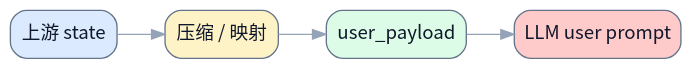
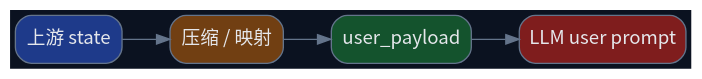
The third of 3 diagrams in skills/write-doc/tests/assets/reference-llm-spec.md (terencefan/inority-workspace), drawn with Graphviz before and after one commit. The commit also changed other lines of this file and 45 other files, not shown here.

````diff
--- a/skills/write-doc/tests/assets/reference-llm-spec.md
+++ b/skills/write-doc/tests/assets/reference-llm-spec.md
@@ -75,13 +75,13 @@
 ```dot
 digraph UserPromptProduction {
   rankdir=LR;
-  graph [bgcolor="transparent", fontname="Noto Sans CJK SC"];
-  node [fontname="Noto Sans CJK SC", shape=box, style="rounded,filled", color="#64748b", fontcolor="#0f172a", fillcolor="#f8fafc"];
-  edge [fontname="Noto Sans CJK SC", color="#94a3b8", fontcolor="#94a3b8"];
-  upstream [label="上游 state", fillcolor="#dbeafe"];
-  map [label="压缩 / 映射", fillcolor="#fef3c7"];
-  payload [label="user_payload", fillcolor="#dcfce7"];
-  llm [label="LLM user prompt", fillcolor="#fecaca"];
+  graph [bgcolor="#0b1220", fontname="Noto Sans CJK SC"];
+  node [fontname="Noto Sans CJK SC", shape=box, style="rounded,filled", color="#64748b", fontcolor="#e5e7eb", fillcolor="#0f172a"];
+  edge [fontname="Noto Sans CJK SC", color="#64748b", fontcolor="#64748b"];
+  upstream [label="上游 state", fillcolor="#1e3a8a"];
+  map [label="压缩 / 映射", fillcolor="#713f12"];
+  payload [label="user_payload", fillcolor="#14532d"];
+  llm [label="LLM user prompt", fillcolor="#7f1d1d"];
   upstream -> map -> payload -> llm;
 }
 ```
````
